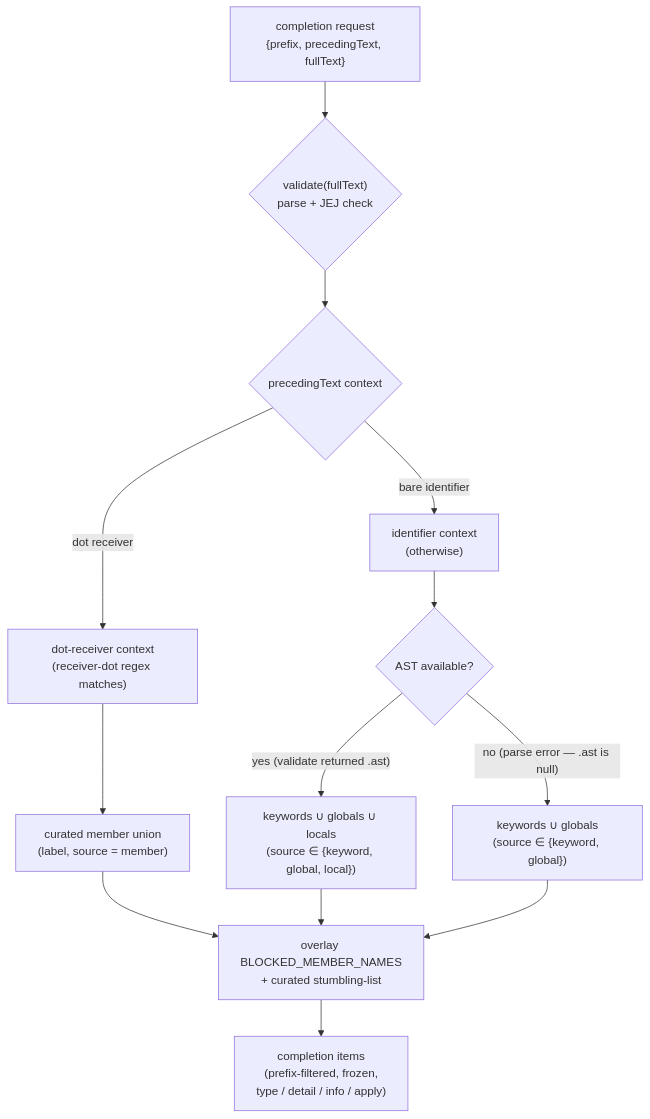
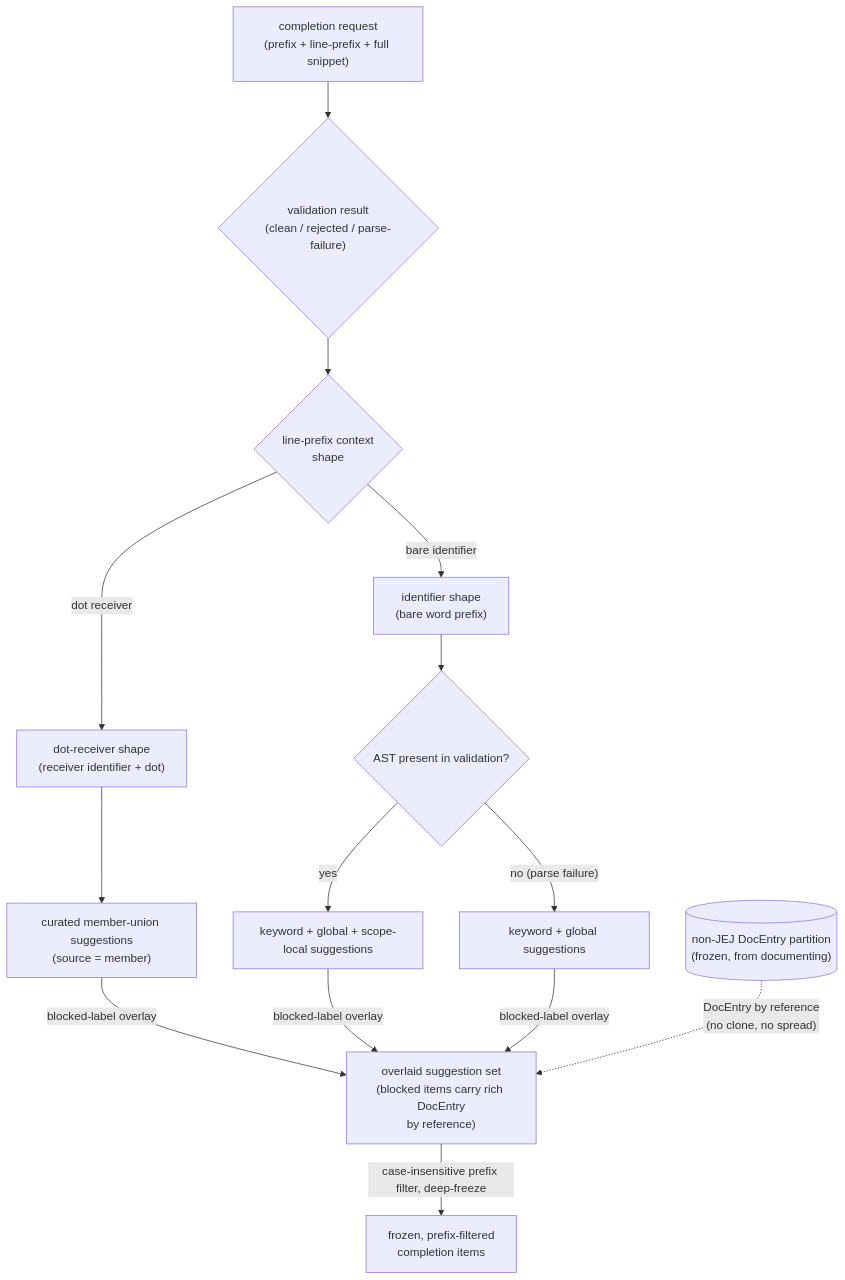
One commit to codeschoolinabox/curricula changed the diagram in src/lib/just-enough/javascript/lib/completing/DOCS.md. Above: the diagram before and after it, drawn with Mermaid. The commit also changed other lines of this file and 10 other files, not shown here.

First line of the commit message:
docs: establish unified non-JEJ docs domain model with whyNotInJej + isJEJ

````diff
--- a/src/lib/just-enough/javascript/lib/completing/DOCS.md
+++ b/src/lib/just-enough/javascript/lib/completing/DOCS.md
@@ -101,26 +111,28 @@
 ```mermaid
 flowchart TD
-    Req["completion request<br/>{prefix, precedingText, fullText}"]
-    Val{"validate(fullText)<br/>parse + JEJ check"}
-    Ctx{"precedingText context"}
-    DotCtx["dot-receiver context<br/>(receiver-dot regex matches)"]
-    IdentCtx["identifier context<br/>(otherwise)"]
-    AstQ{"AST available?"}
-    SurfaceDot["curated member union<br/>(label, source = member)"]
-    SurfaceAst["keywords ∪ globals ∪ locals<br/>(source ∈ {keyword, global, local})"]
-    SurfaceNoAst["keywords ∪ globals<br/>(source ∈ {keyword, global})"]
-    Marked["overlay BLOCKED_MEMBER_NAMES<br/>+ curated stumbling-list"]
-    Items["completion items<br/>(prefix-filtered, frozen,<br/>type / detail / info / apply)"]
+    Req["completion request<br/>(prefix + line-prefix + full snippet)"]
+    Val{"validation result<br/>(clean / rejected / parse-failure)"}
+    Ctx{"line-prefix context<br/>shape"}
+    DotCtx["dot-receiver shape<br/>(receiver identifier + dot)"]
+    IdentCtx["identifier shape<br/>(bare word prefix)"]
+    AstQ{"AST present in validation?"}
+    SurfaceDot["curated member-union suggestions<br/>(source = member)"]
+    SurfaceAst["keyword + global + scope-local suggestions"]
+    SurfaceNoAst["keyword + global suggestions"]
+    BlockedDocs[("non-JEJ DocEntry partition<br/>(frozen, from documenting)")]
+    Marked2["overlaid suggestion set<br/>(blocked items carry rich DocEntry<br/>by reference)"]
+    Items["frozen, prefix-filtered<br/>completion items"]
 
     Req --> Val --> Ctx
     Ctx -->|"dot receiver"| DotCtx
     Ctx -->|"bare identifier"| IdentCtx
     DotCtx --> SurfaceDot
     IdentCtx --> AstQ
-    AstQ -->|"yes (validate returned .ast)"| SurfaceAst
-    AstQ -->|"no (parse error — .ast is null)"| SurfaceNoAst
-    SurfaceDot --> Marked
-    SurfaceAst --> Marked
-    SurfaceNoAst --> Marked
-    Marked --> Items
+    AstQ -->|"yes"| SurfaceAst
+    AstQ -->|"no (parse failure)"| SurfaceNoAst
+    SurfaceDot -->|"blocked-label overlay"| Marked2
+    SurfaceAst -->|"blocked-label overlay"| Marked2
+    SurfaceNoAst -->|"blocked-label overlay"| Marked2
+    BlockedDocs -.->|"DocEntry by reference<br/>(no clone, no spread)"| Marked2
+    Marked2 -->|"case-insensitive prefix filter, deep-freeze"| Items
 ```
````
